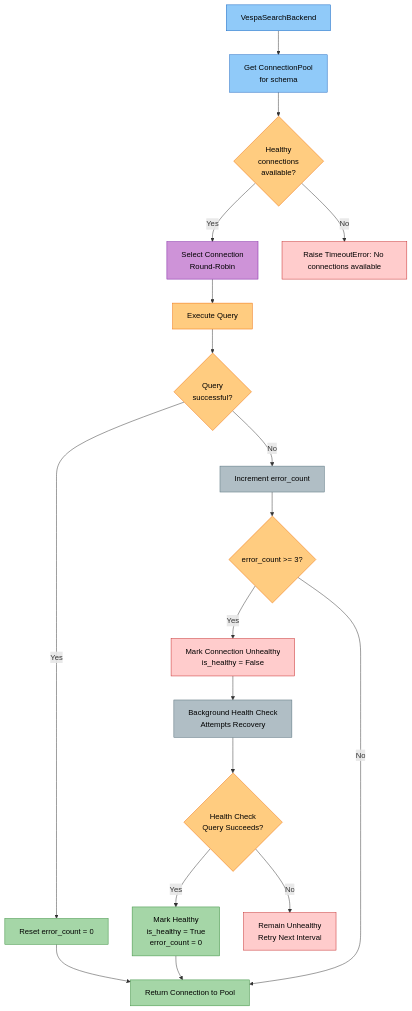
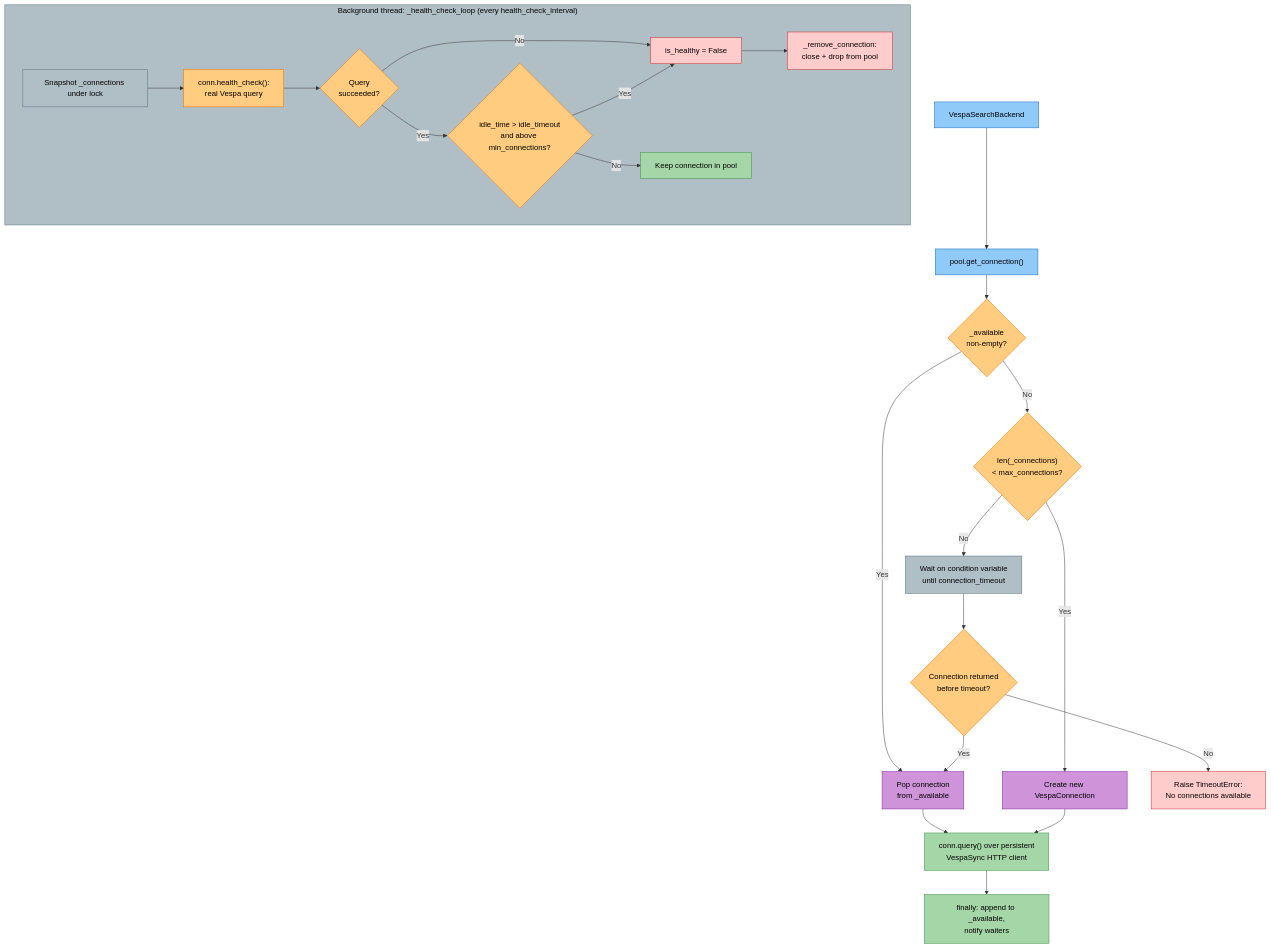
One commit to amit-jain/cogniverse changed the seventh of 9 diagrams in docs/modules/backends.md. Above: the diagram before and after it, drawn with Mermaid. The commit also changed other lines of this file and 50 other files, not shown here.

First line of the commit message:
Complete and verify docs against code with mermaid palette

````diff
--- a/docs/modules/backends.md
+++ b/docs/modules/backends.md
@@ -905,48 +953,50 @@
 ```mermaid
 flowchart TB
-    Backend["<span style='color:#000'>VespaSearchBackend</span>"] --> GetPool["<span style='color:#000'>Get ConnectionPool<br/>for schema</span>"]
+    Backend["<span style='color:#000'>VespaSearchBackend</span>"] --> GetConn["<span style='color:#000'>pool.get_connection()</span>"]
 
-    GetPool --> CheckHealthy{"<span style='color:#000'>Healthy<br/>connections<br/>available?</span>"}
+    GetConn --> HasAvailable{"<span style='color:#000'>_available<br/>non-empty?</span>"}
+    HasAvailable -->|Yes| PopConn["<span style='color:#000'>Pop connection<br/>from _available</span>"]
+    HasAvailable -->|No| UnderMax{"<span style='color:#000'>len(_connections)<br/>&lt; max_connections?</span>"}
 
-    CheckHealthy -->|Yes| SelectConn["<span style='color:#000'>Select Connection<br/>Round-Robin</span>"]
-    CheckHealthy -->|No| Error["<span style='color:#000'>Raise TimeoutError: No connections available</span>"]
+    UnderMax -->|Yes| CreateConn["<span style='color:#000'>Create new VespaConnection</span>"]
+    UnderMax -->|No| WaitCond["<span style='color:#000'>Wait on condition variable<br/>until connection_timeout</span>"]
 
-    SelectConn --> ExecuteQuery["<span style='color:#000'>Execute Query</span>"]
+    WaitCond --> Returned{"<span style='color:#000'>Connection returned<br/>before timeout?</span>"}
+    Returned -->|Yes| PopConn
+    Returned -->|No| TimeoutErr["<span style='color:#000'>Raise TimeoutError:<br/>No connections available</span>"]
 
-    ExecuteQuery --> QuerySuccess{"<span style='color:#000'>Query<br/>successful?</span>"}
+    PopConn --> ExecuteQuery["<span style='color:#000'>conn.query() over persistent<br/>VespaSync HTTP client</span>"]
+    CreateConn --> ExecuteQuery
 
-    QuerySuccess -->|Yes| ResetErrors["<span style='color:#000'>Reset error_count = 0</span>"]
-    QuerySuccess -->|No| IncrementErrors["<span style='color:#000'>Increment error_count</span>"]
+    ExecuteQuery --> ReturnPool["<span style='color:#000'>finally: append to _available,<br/>notify waiters</span>"]
 
-    IncrementErrors --> CheckThreshold{"<span style='color:#000'>error_count >= 3?</span>"}
-
-    CheckThreshold -->|Yes| MarkUnhealthy["<span style='color:#000'>Mark Connection Unhealthy<br/>is_healthy = False</span>"]
-    CheckThreshold -->|No| ReturnConn["<span style='color:#000'>Return Connection to Pool</span>"]
-
-    MarkUnhealthy --> TriggerRecovery["<span style='color:#000'>Background Health Check<br/>Attempts Recovery</span>"]
-
-    TriggerRecovery --> HealthCheckLoop{"<span style='color:#000'>Health Check<br/>Query Succeeds?</span>"}
-
-    HealthCheckLoop -->|Yes| RecoverConn["<span style='color:#000'>Mark Healthy<br/>is_healthy = True<br/>error_count = 0</span>"]
-    HealthCheckLoop -->|No| StayUnhealthy["<span style='color:#000'>Remain Unhealthy<br/>Retry Next Interval</span>"]
-
-    ResetErrors --> ReturnConn
-    RecoverConn --> ReturnConn
+    subgraph HealthLoop["<span style='color:#000'>Background thread: _health_check_loop (every health_check_interval)</span>"]
+        Snapshot["<span style='color:#000'>Snapshot _connections under lock</span>"] --> Probe["<span style='color:#000'>conn.health_check():<br/>real Vespa query</span>"]
+        Probe --> Healthy{"<span style='color:#000'>Query<br/>succeeded?</span>"}
+        Healthy -->|No| Unhealthy["<span style='color:#000'>is_healthy = False</span>"]
+        Healthy -->|Yes| IdleCheck{"<span style='color:#000'>idle_time &gt; idle_timeout<br/>and above min_connections?</span>"}
+        IdleCheck -->|Yes| Unhealthy
+        IdleCheck -->|No| KeepConn["<span style='color:#000'>Keep connection in pool</span>"]
+        Unhealthy --> RemoveConn["<span style='color:#000'>_remove_connection:<br/>close + drop from pool</span>"]
+    end
 
     style Backend fill:#90caf9,stroke:#1565c0,color:#000
-    style GetPool fill:#90caf9,stroke:#1565c0,color:#000
-    style CheckHealthy fill:#ffcc80,stroke:#ef6c00,color:#000
-    style SelectConn fill:#ce93d8,stroke:#7b1fa2,color:#000
-    style ExecuteQuery fill:#ffcc80,stroke:#ef6c00,color:#000
-    style QuerySuccess fill:#ffcc80,stroke:#ef6c00,color:#000
-    style ResetErrors fill:#a5d6a7,stroke:#388e3c,color:#000
-    style IncrementErrors fill:#b0bec5,stroke:#546e7a,color:#000
-    style CheckThreshold fill:#ffcc80,stroke:#ef6c00,color:#000
-    style MarkUnhealthy fill:#ffcccc,stroke:#c62828,color:#000
-    style TriggerRecovery fill:#b0bec5,stroke:#546e7a,color:#000
-    style HealthCheckLoop fill:#ffcc80,stroke:#ef6c00,color:#000
-    style RecoverConn fill:#a5d6a7,stroke:#388e3c,color:#000
-    style StayUnhealthy fill:#ffcccc,stroke:#c62828,color:#000
-    style ReturnConn fill:#a5d6a7,stroke:#388e3c,color:#000
-    style Error fill:#ffcccc,stroke:#c62828,color:#000
+    style GetConn fill:#90caf9,stroke:#1565c0,color:#000
+    style HasAvailable fill:#ffcc80,stroke:#ef6c00,color:#000
+    style UnderMax fill:#ffcc80,stroke:#ef6c00,color:#000
+    style Returned fill:#ffcc80,stroke:#ef6c00,color:#000
+    style PopConn fill:#ce93d8,stroke:#7b1fa2,color:#000
+    style CreateConn fill:#ce93d8,stroke:#7b1fa2,color:#000
+    style WaitCond fill:#b0bec5,stroke:#546e7a,color:#000
+    style ExecuteQuery fill:#a5d6a7,stroke:#388e3c,color:#000
+    style ReturnPool fill:#a5d6a7,stroke:#388e3c,color:#000
+    style TimeoutErr fill:#ffcccc,stroke:#c62828,color:#000
+    style HealthLoop fill:#b0bec5,stroke:#546e7a,color:#000
+    style Snapshot fill:#b0bec5,stroke:#546e7a,color:#000
+    style Probe fill:#ffcc80,stroke:#ef6c00,color:#000
+    style Healthy fill:#ffcc80,stroke:#ef6c00,color:#000
+    style IdleCheck fill:#ffcc80,stroke:#ef6c00,color:#000
+    style KeepConn fill:#a5d6a7,stroke:#388e3c,color:#000
+    style Unhealthy fill:#ffcccc,stroke:#c62828,color:#000
+    style RemoveConn fill:#ffcccc,stroke:#c62828,color:#000
 ```
````
